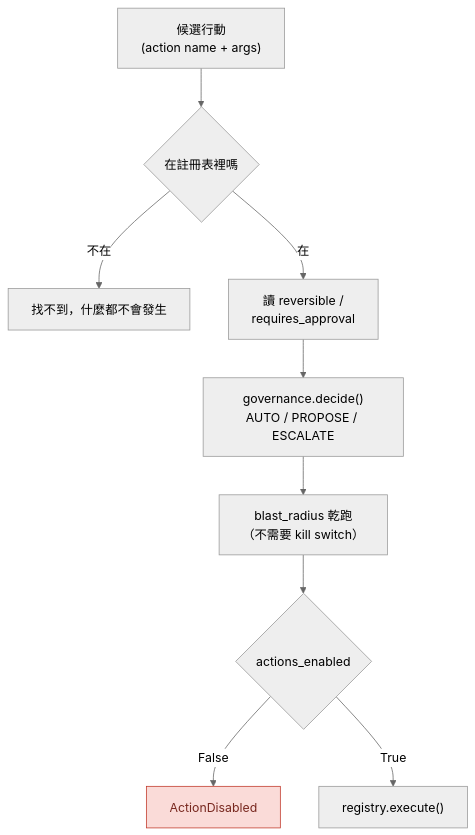
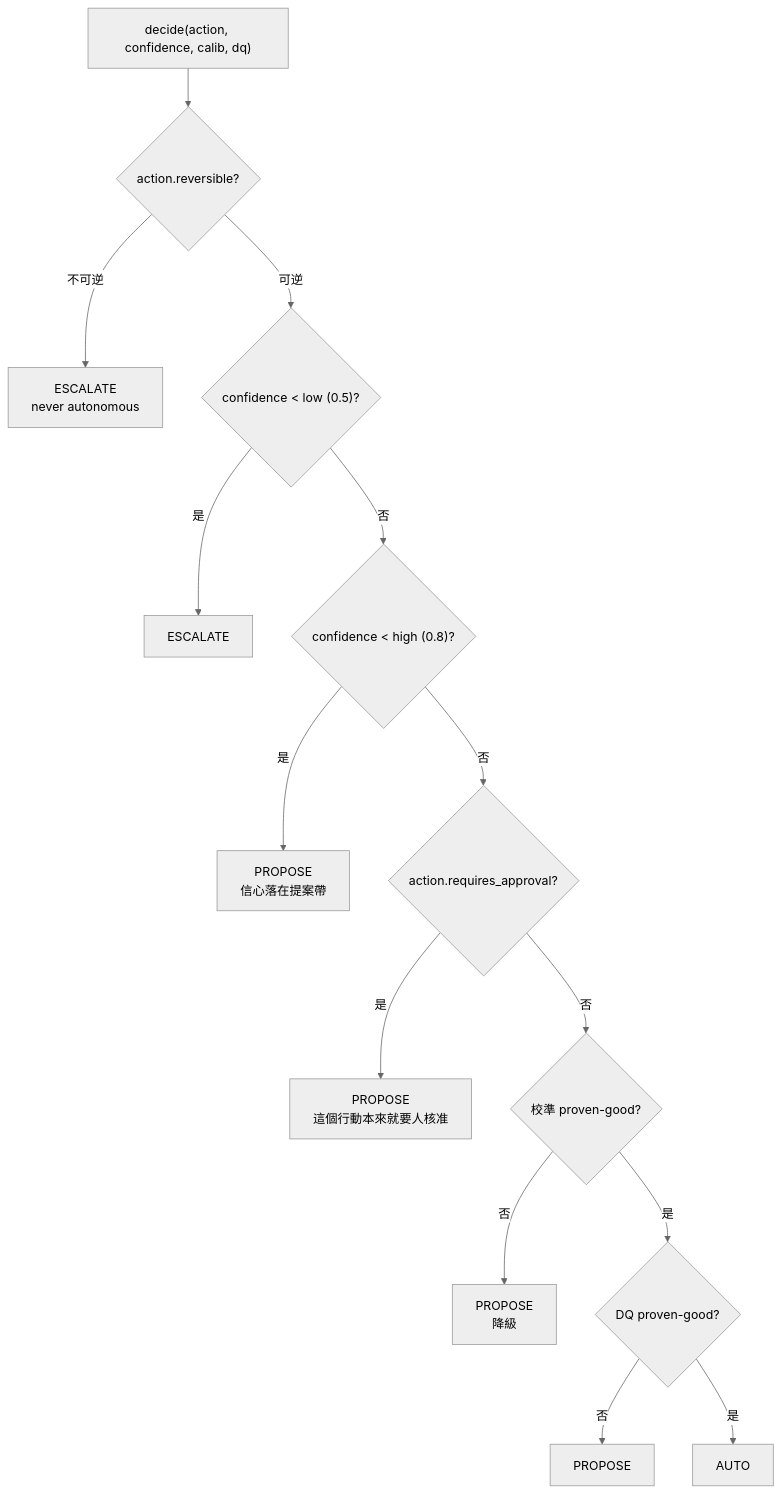
Before and after one commit to tedmax100/o11y-bench: the first of 2 diagrams in weaver-demo/ironman-2026/day35.md, drawn with Mermaid (neutral theme). The commit also changed other lines of this file and 21 other files, not shown here.

````diff
--- a/weaver-demo/ironman-2026/day35.md
+++ b/weaver-demo/ironman-2026/day35.md
@@ -164,14 +36,16 @@
 ```mermaid
 flowchart TB
-    P["候選行動<br/>(action name + args)"] --> REG{"在註冊表裡嗎"}
-    REG -->|"不在"| X["找不到，什麼都不會發生"]
-    REG -->|"在"| RISK["讀 reversible /<br/>requires_approval"]
-    RISK --> GOV["governance.decide()<br/>AUTO / PROPOSE / ESCALATE"]
-    GOV --> DRY["blast_radius 乾跑<br/>（不需要 kill switch）"]
-    DRY --> KS{"actions_enabled"}
-    KS -->|"False"| STOP["ActionDisabled"]
-    KS -->|"True"| RUN["registry.execute()"]
-
-    classDef off fill:#fadbd8,stroke:#c0392b,color:#78281f
-    class STOP off
+    S["decide(action, confidence, calib, dq)"] --> R{"action.reversible?"}
+    R -->|"不可逆"| E1["ESCALATE<br/>never autonomous"]
+    R -->|"可逆"| C1{"confidence < low (0.5)?"}
+    C1 -->|"是"| E2["ESCALATE"]
+    C1 -->|"否"| C2{"confidence < high (0.8)?"}
+    C2 -->|"是"| P1["PROPOSE<br/>信心落在提案帶"]
+    C2 -->|"否"| A1{"action.requires_approval?"}
+    A1 -->|"是"| P2["PROPOSE<br/>這個行動本來就要人核准"]
+    A1 -->|"否"| A2{"校準 proven-good?"}
+    A2 -->|"否"| P3["PROPOSE<br/>降級"]
+    A2 -->|"是"| A3{"DQ proven-good?"}
+    A3 -->|"否"| P4["PROPOSE"]
+    A3 -->|"是"| AUTO["AUTO"]
 ```
````
